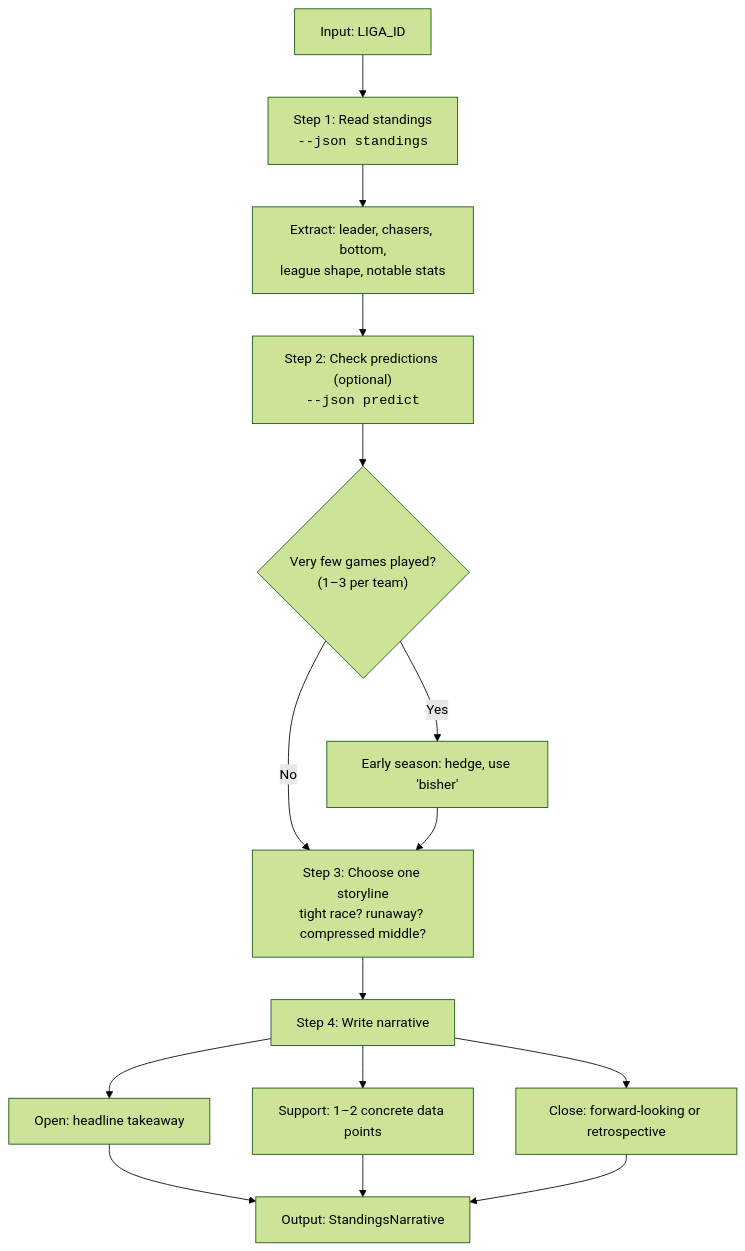
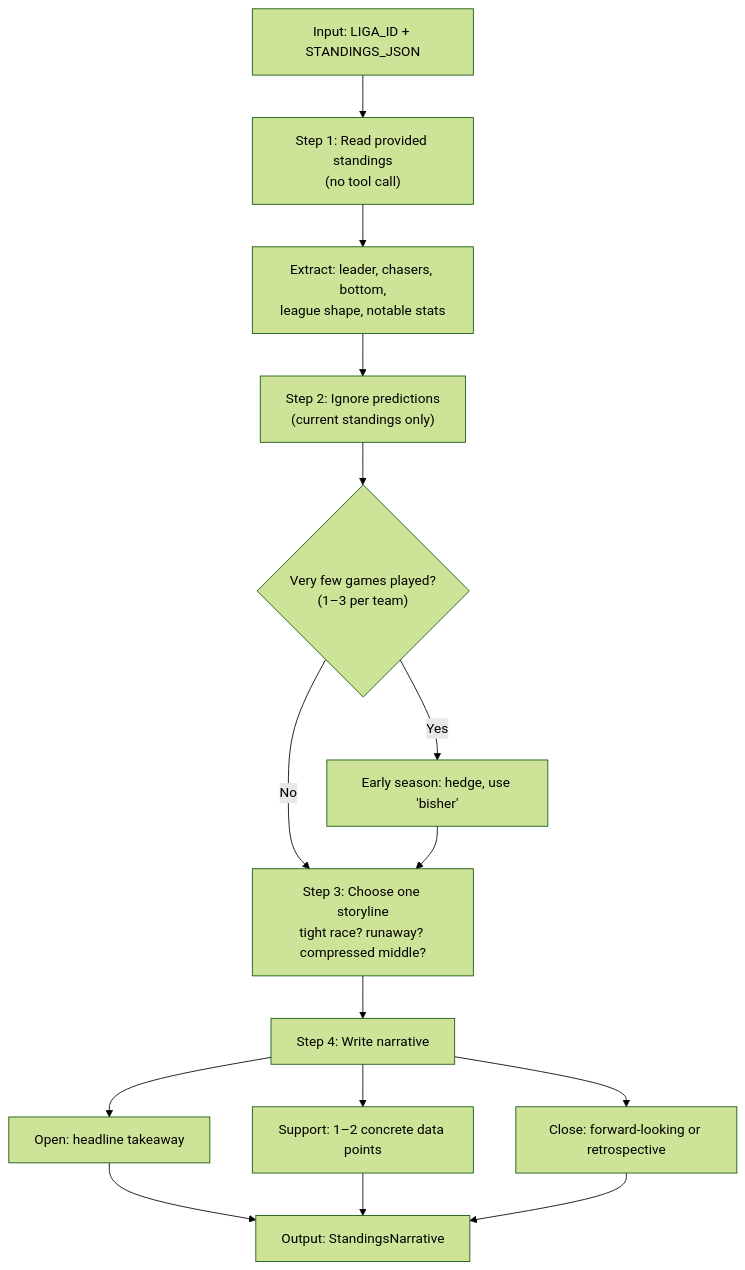
Before and after one commit to malvavisc0/korbpuls: the third of 5 diagrams in src/korbpuls/ai/skills/README.md, drawn with Mermaid (forest theme). The commit also changed other lines of this file and 29 other files, not shown here.

````diff
--- a/src/korbpuls/ai/skills/README.md
+++ b/src/korbpuls/ai/skills/README.md
@@ -93,17 +102,17 @@
 ```mermaid
 graph TD
-    A["Input: LIGA_ID"] --> B["Step 1: Read standings<br/><code>--json standings</code>"]
+    A["Input: LIGA_ID + STANDINGS_JSON"] --> B["Step 1: Read provided standings<br/>(no tool call)"]
     B --> B1["Extract: leader, chasers, bottom,<br/>league shape, notable stats"]
-    B1 --> C["Step 2: Check predictions (optional)<br/><code>--json predict</code>"]
+    B1 --> C["Step 2: Ignore predictions<br/>(current standings only)"]
     C --> D{"Very few games played?<br/>(1–3 per team)"}
     D -->|"Yes"| E["Early season: hedge, use 'bisher'"]
     D -->|"No"| F["Step 3: Choose one storyline<br/>tight race? runaway? compressed middle?"]
     E --> F
     F --> G["Step 4: Write narrative"]
     G --> G1["Open: headline takeaway"]
     G --> G2["Support: 1–2 concrete data points"]
     G --> G3["Close: forward-looking or retrospective"]
     G1 --> H["Output: StandingsNarrative"]
     G2 --> H
     G3 --> H
 ```
````
